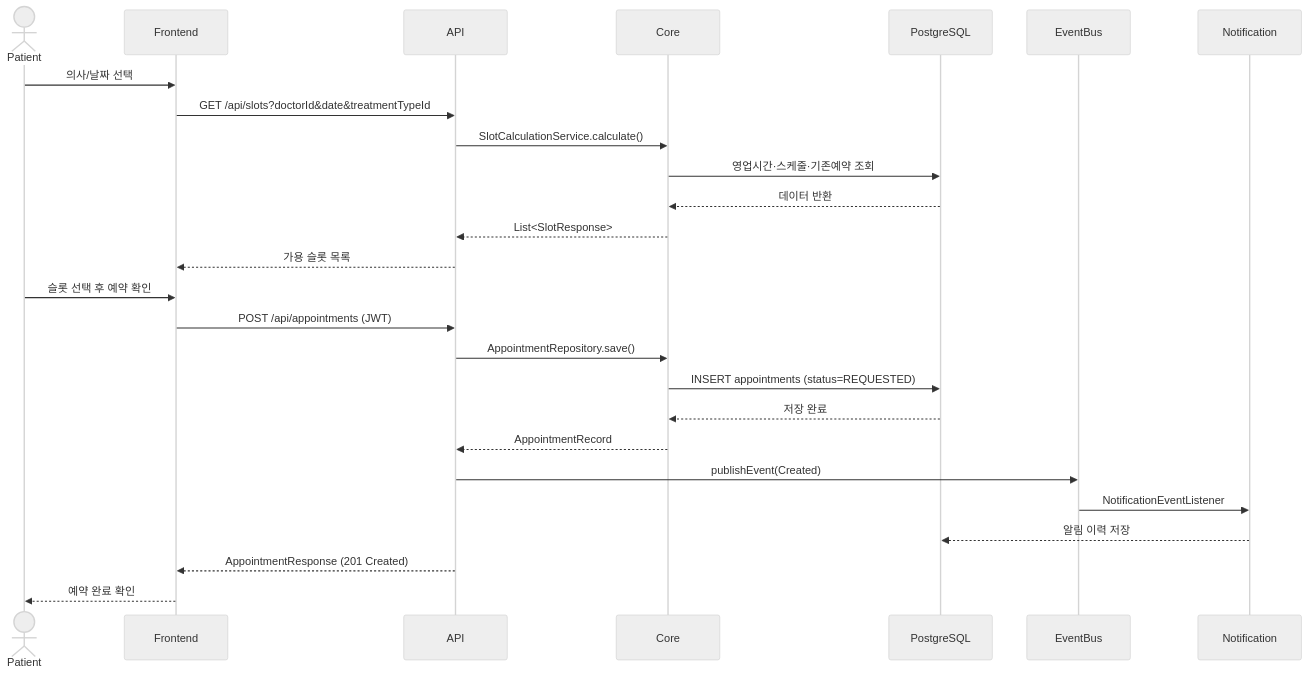
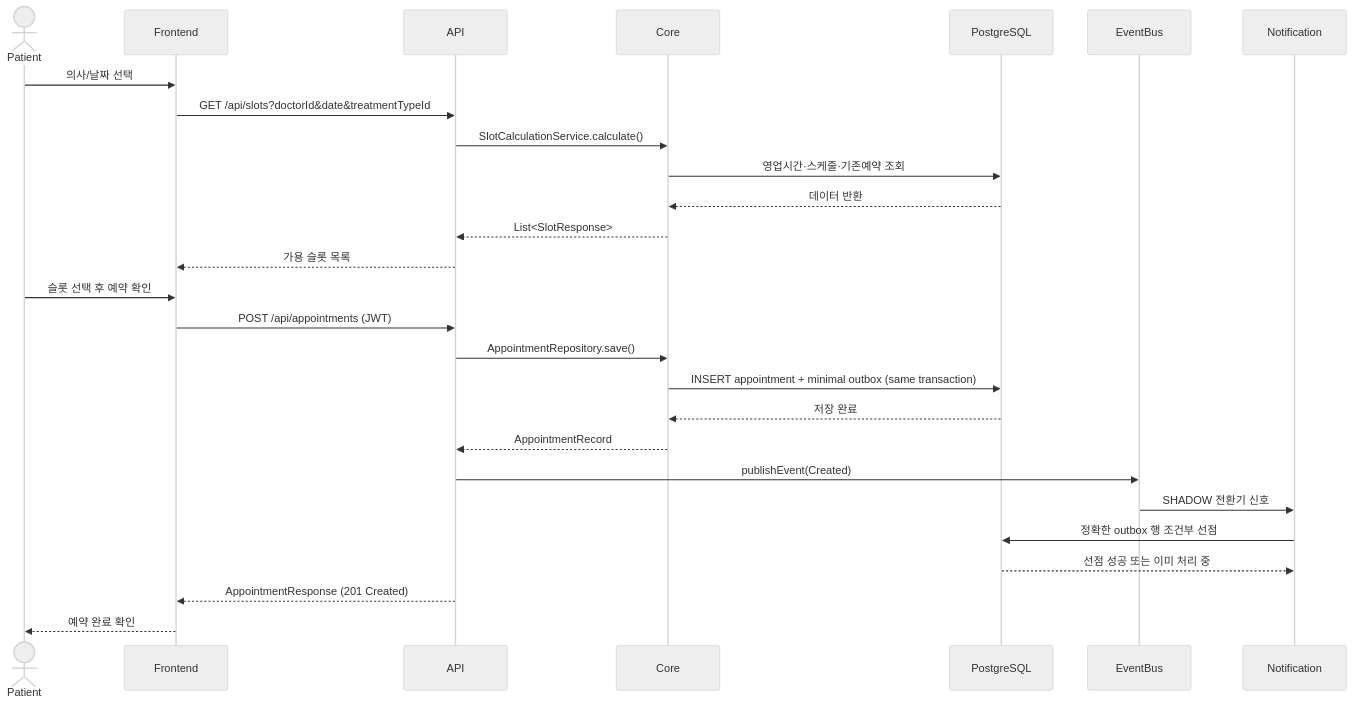
The diagram in docs/requirements/assets/user-scenarios-01-patient-booking.mmd (bluetape4k/clinic-appointment), drawn with Mermaid (neutral theme) before and after one commit. The commit also changed 117 other files, not shown here.

```diff
--- a/docs/requirements/assets/user-scenarios-01-patient-booking.mmd
+++ b/docs/requirements/assets/user-scenarios-01-patient-booking.mmd
@@ -1,28 +1,29 @@
 sequenceDiagram
     actor Patient
     participant Frontend
     participant API
     participant Core
     participant DB as PostgreSQL
     participant EventBus
     participant Notification
 
     Patient->>Frontend: 의사/날짜 선택
     Frontend->>API: GET /api/slots?doctorId&date&treatmentTypeId
     API->>Core: SlotCalculationService.calculate()
     Core->>DB: 영업시간·스케줄·기존예약 조회
     DB-->>Core: 데이터 반환
     Core-->>API: List<SlotResponse>
     API-->>Frontend: 가용 슬롯 목록
 
     Patient->>Frontend: 슬롯 선택 후 예약 확인
     Frontend->>API: POST /api/appointments (JWT)
     API->>Core: AppointmentRepository.save()
-    Core->>DB: INSERT appointments (status=REQUESTED)
+    Core->>DB: INSERT appointment + minimal outbox (same transaction)
     DB-->>Core: 저장 완료
     Core-->>API: AppointmentRecord
     API->>EventBus: publishEvent(Created)
-    EventBus->>Notification: NotificationEventListener
-    Notification-->>DB: 알림 이력 저장
+    EventBus->>Notification: SHADOW 전환기 신호
+    Notification->>DB: 정확한 outbox 행 조건부 선점
+    DB-->>Notification: 선점 성공 또는 이미 처리 중
     API-->>Frontend: AppointmentResponse (201 Created)
     Frontend-->>Patient: 예약 완료 확인
```
